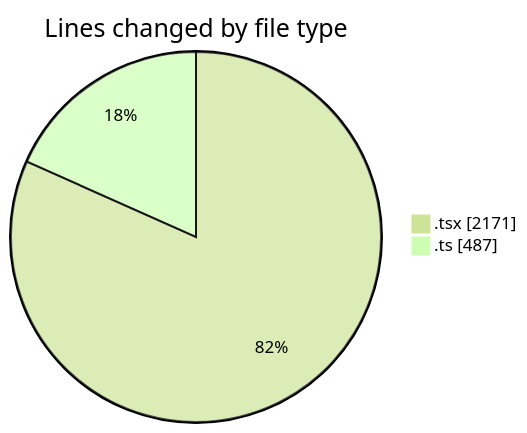
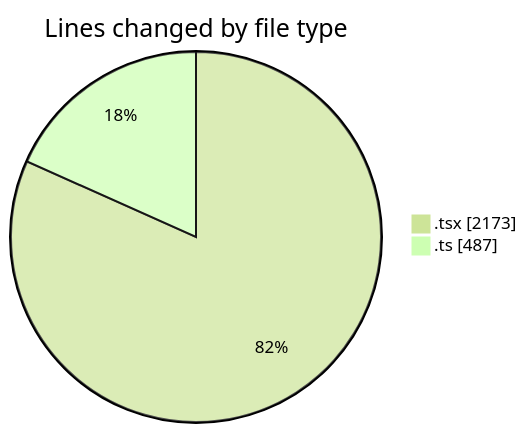
One commit to nxtqubesakshisongat/code-tracking changed the first of 2 diagrams in 2026-03-31/nxtqube_webapp/README.md. Above: the diagram before and after it, drawn with Mermaid (forest theme). The commit also changed other lines of this file and 1 other file, not shown here.

````diff
--- a/2026-03-31/nxtqube_webapp/README.md
+++ b/2026-03-31/nxtqube_webapp/README.md
@@ -23,6 +23,6 @@
 ```mermaid
 pie showData
 title Lines changed by file type
-".tsx" : 2171
+".tsx" : 2173
 ".ts" : 487
 ```
````
